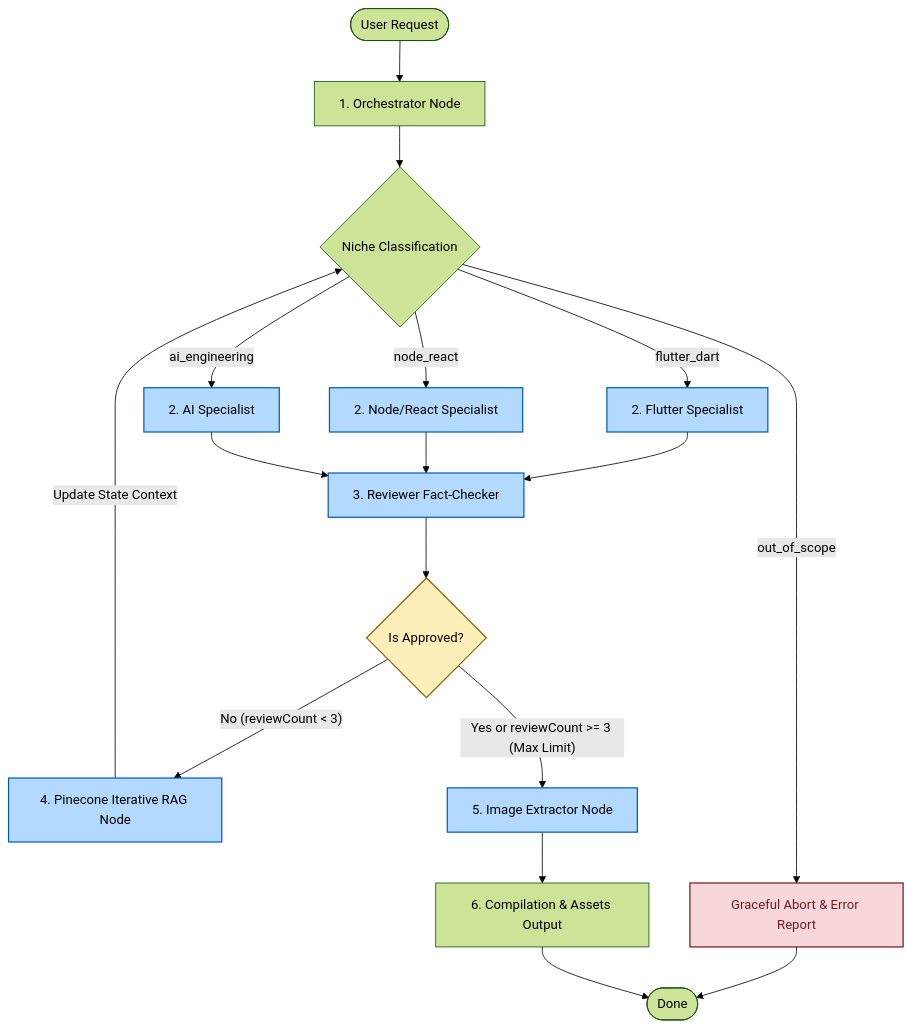
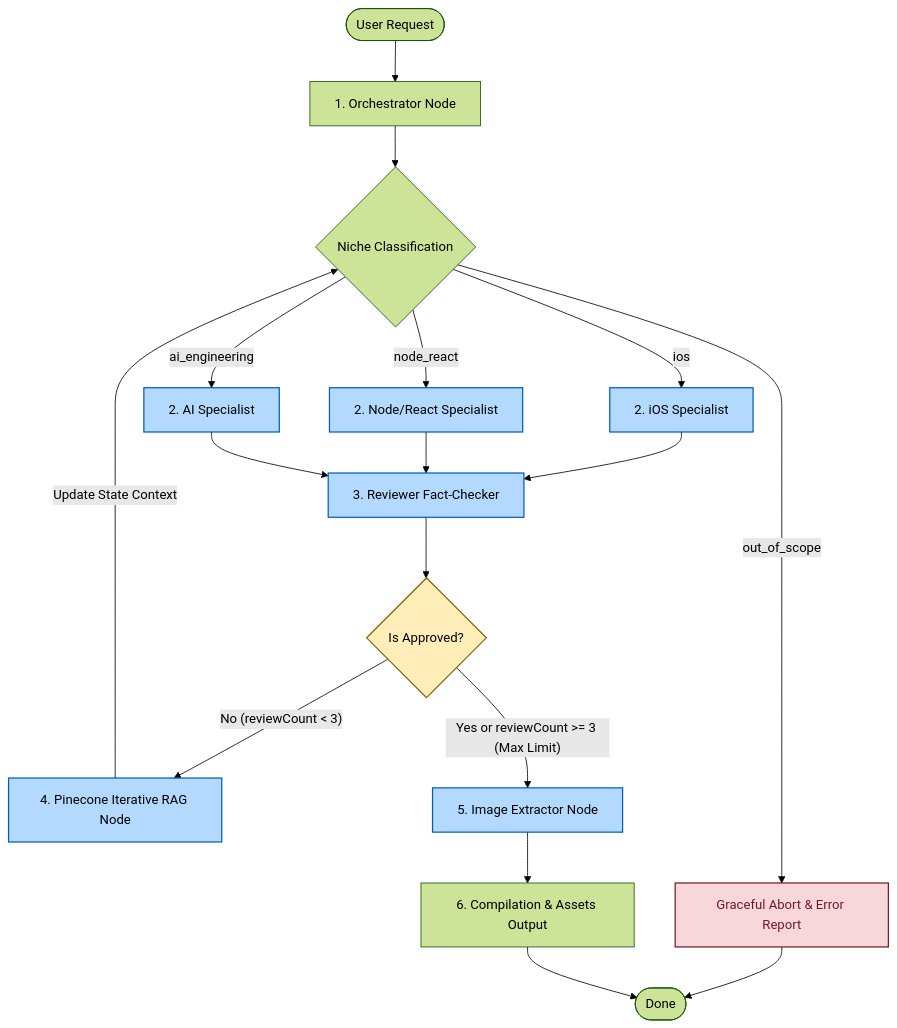
One commit to brunoteixeiralc/langgraph-critic-rag-builder changed the diagram in README.md. Above: the diagram before and after it, drawn with Mermaid (forest theme). The commit also changed other lines of this file and 13 other files, not shown here.

Commit message:
feat: replace flutter_dart niche with ios specialist (Swift/SwiftUI)

````diff
--- a/README.md
+++ b/README.md
@@ -19,41 +19,41 @@
 ```mermaid
 graph TD
     %% Define styles
     classDef startEnd fill:#f9f,stroke:#333,stroke-width:2px;
     classDef nodeStyle fill:#b3d9ff,stroke:#005cbf,stroke-width:1.5px,color:#000;
     classDef decStyle fill:#ffeeba,stroke:#856404,stroke-width:1.5px,color:#000;
     classDef errorStyle fill:#f8d7da,stroke:#721c24,stroke-width:1.5px,color:#721c24;
 
     Start([User Request]) --> Orchestrator[1. Orchestrator Node]
     Orchestrator --> Classification{Niche Classification}
     
     %% Niche Routing
     Classification -- out_of_scope --> OutOfScope[Graceful Abort & Error Report]
     OutOfScope --> End([Done])
     class OutOfScope errorStyle;
     
-    Classification -- flutter_dart --> FlutterAgent[2. Flutter Specialist]
+    Classification -- ios --> IosAgent[2. iOS Specialist]
     Classification -- node_react --> NodeReactAgent[2. Node/React Specialist]
     Classification -- ai_engineering --> AIAgent[2. AI Specialist]
-    class FlutterAgent,NodeReactAgent,AIAgent nodeStyle;
+    class IosAgent,NodeReactAgent,AIAgent nodeStyle;
 
     %% Specialists to Reviewer
-    FlutterAgent --> Reviewer[3. Reviewer Fact-Checker]
+    IosAgent --> Reviewer[3. Reviewer Fact-Checker]
     NodeReactAgent --> Reviewer
     AIAgent --> Reviewer
     class Reviewer nodeStyle;
 
     %% Review Loop Decisions
     Reviewer --> ReviewDecision{Is Approved?}
     class ReviewDecision decStyle;
     
     ReviewDecision -- No (reviewCount < 3) --> IterativeRAG[4. Pinecone Iterative RAG Node]
     IterativeRAG --> |Update State Context| Classification
     class IterativeRAG nodeStyle;
 
     ReviewDecision -- Yes or reviewCount >= 3 (Max Limit) --> ImageExtractor[5. Image Extractor Node]
     class ImageExtractor nodeStyle;
 
     ImageExtractor --> Compilation[6. Compilation & Assets Output]
     Compilation --> End
 ```
````
